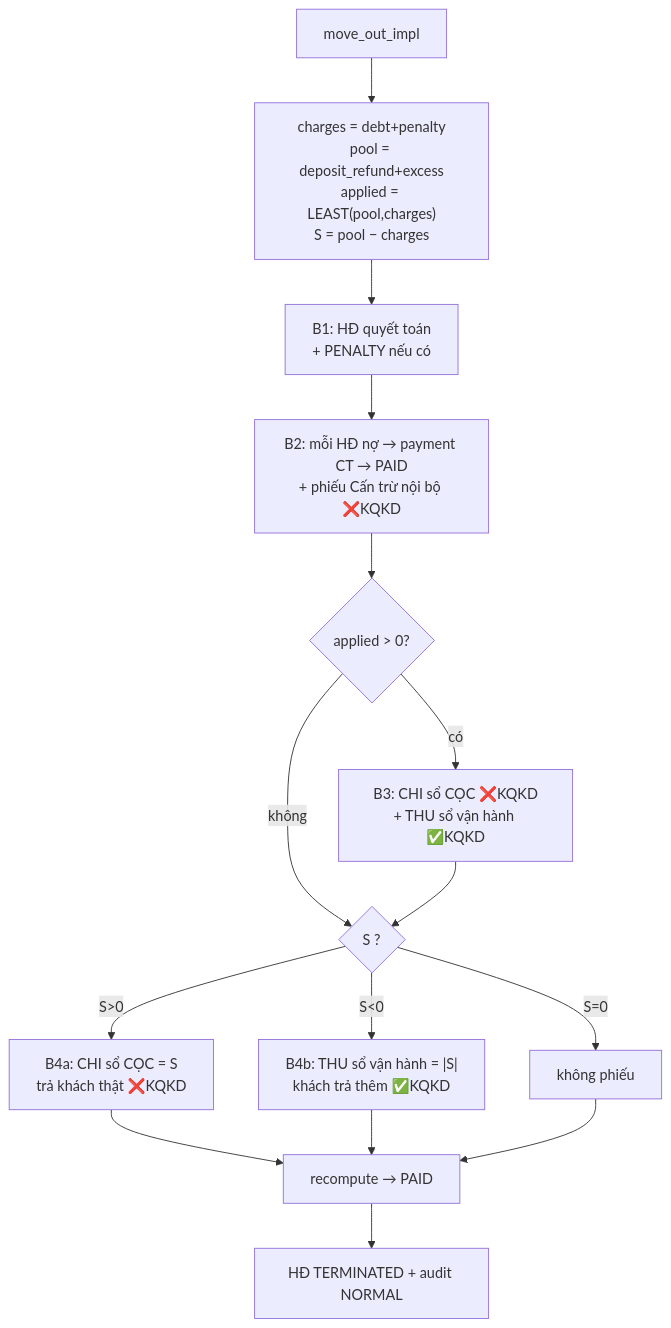
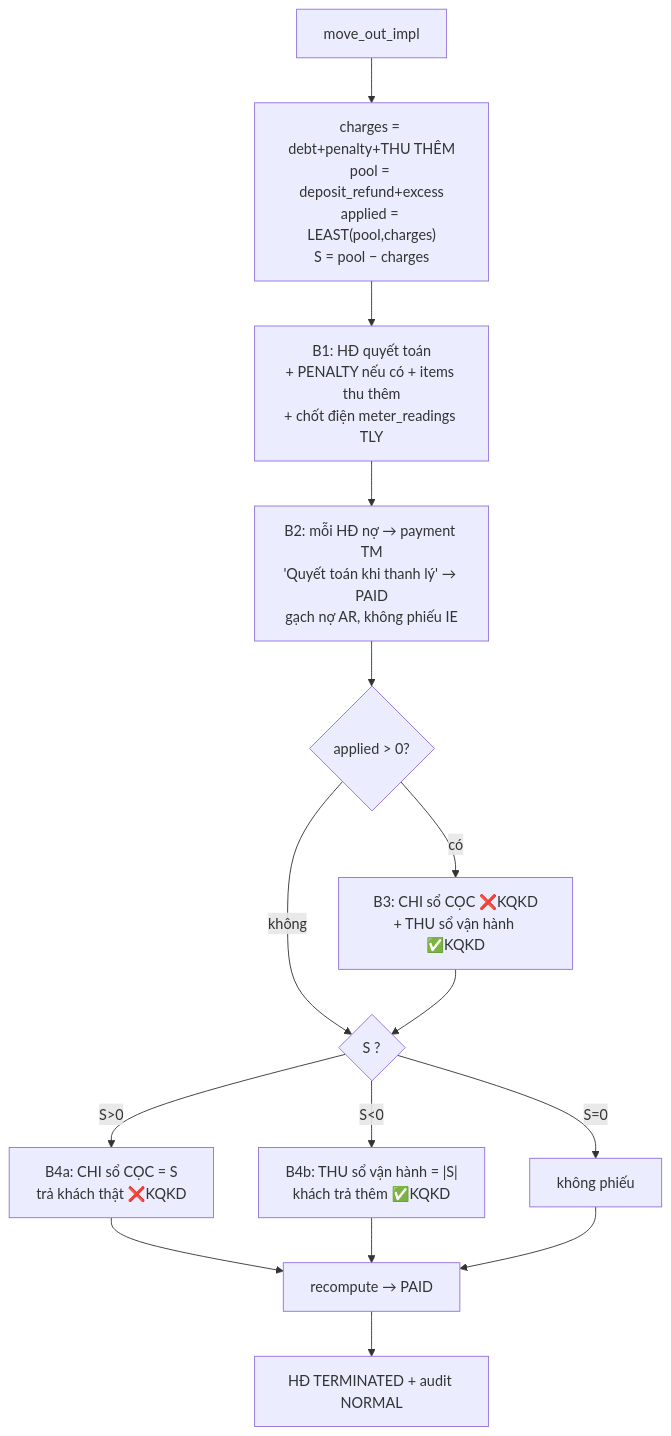
Before and after one commit to zxGreenxz/whiteboard-ihomecrm: the second of 2 diagrams in docs/he-thong/16-thanh-ly-hop-dong.md, drawn with Mermaid. The commit also changed other lines of this file and 20 other files, not shown here.

````diff
--- a/docs/he-thong/16-thanh-ly-hop-dong.md
+++ b/docs/he-thong/16-thanh-ly-hop-dong.md
@@ -214,17 +293,17 @@
 ```mermaid
 flowchart TD
-    A[move_out_impl] --> B["charges = debt+penalty<br/>pool = deposit_refund+excess<br/>applied = LEAST(pool,charges)<br/>S = pool − charges"]
-    B --> C[B1: HĐ quyết toán<br/>+ PENALTY nếu có]
-    C --> D[B2: mỗi HĐ nợ → payment CT → PAID<br/>+ phiếu Cấn trừ nội bộ ❌KQKD]
+    A[move_out_impl] --> B["charges = debt+penalty+THU THÊM<br/>pool = deposit_refund+excess<br/>applied = LEAST(pool,charges)<br/>S = pool − charges"]
+    B --> C[B1: HĐ quyết toán<br/>+ PENALTY nếu có + items thu thêm<br/>+ chốt điện meter_readings TLY]
+    C --> D[B2: mỗi HĐ nợ → payment TM<br/>'Quyết toán khi thanh lý' → PAID<br/>gạch nợ AR, không phiếu IE]
     D --> E{applied > 0?}
     E -- có --> F[B3: CHI sổ CỌC ❌KQKD<br/>+ THU sổ vận hành ✅KQKD]
     E -- không --> G
     F --> G{S ?}
     G -- "S>0" --> H[B4a: CHI sổ CỌC = S<br/>trả khách thật ❌KQKD]
     G -- "S<0" --> I["B4b: THU sổ vận hành = |S|<br/>khách trả thêm ✅KQKD"]
     G -- "S=0" --> J[không phiếu]
     H --> K[recompute → PAID]
     I --> K
     J --> K
     K --> L[HĐ TERMINATED + audit NORMAL]
 ```
````
